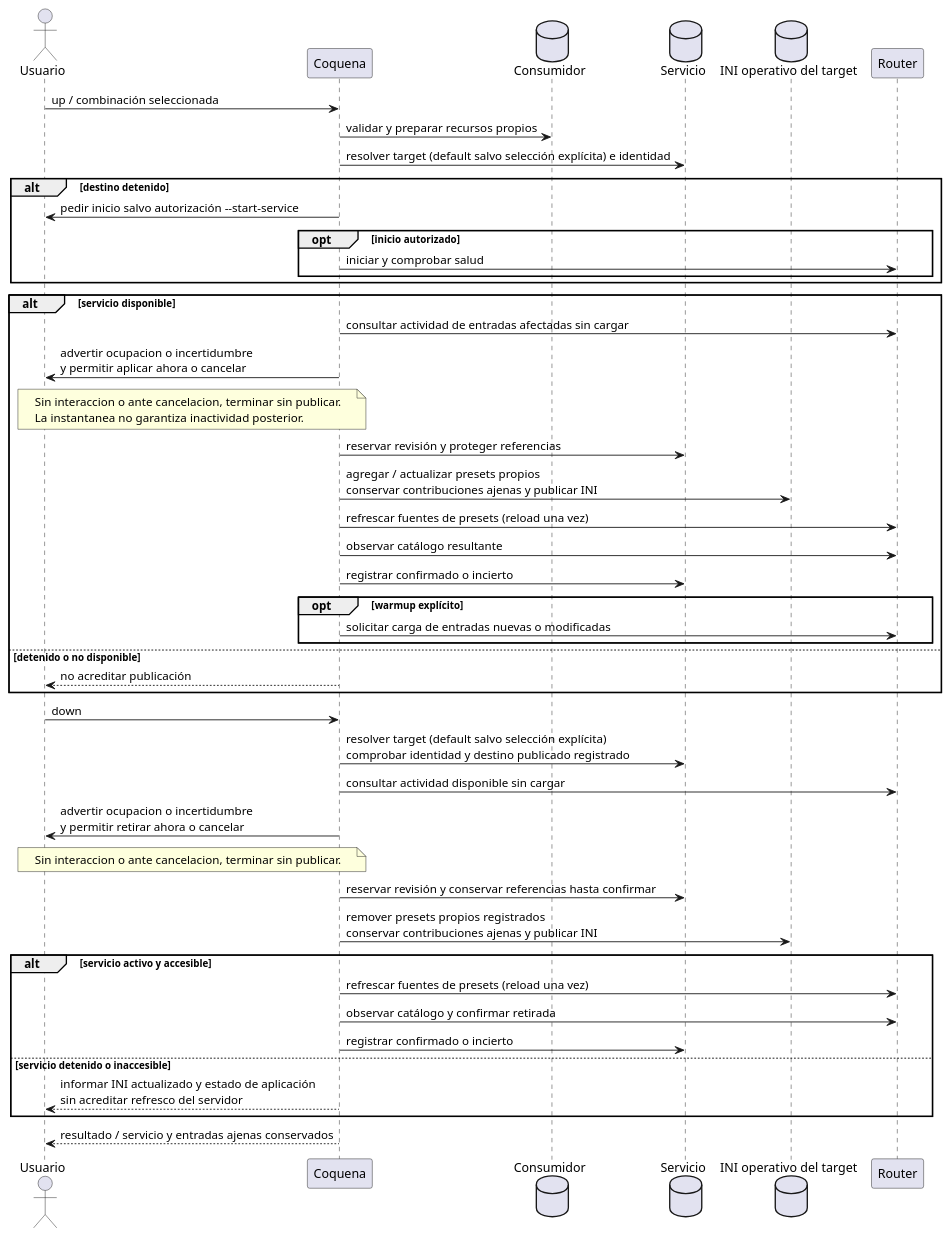
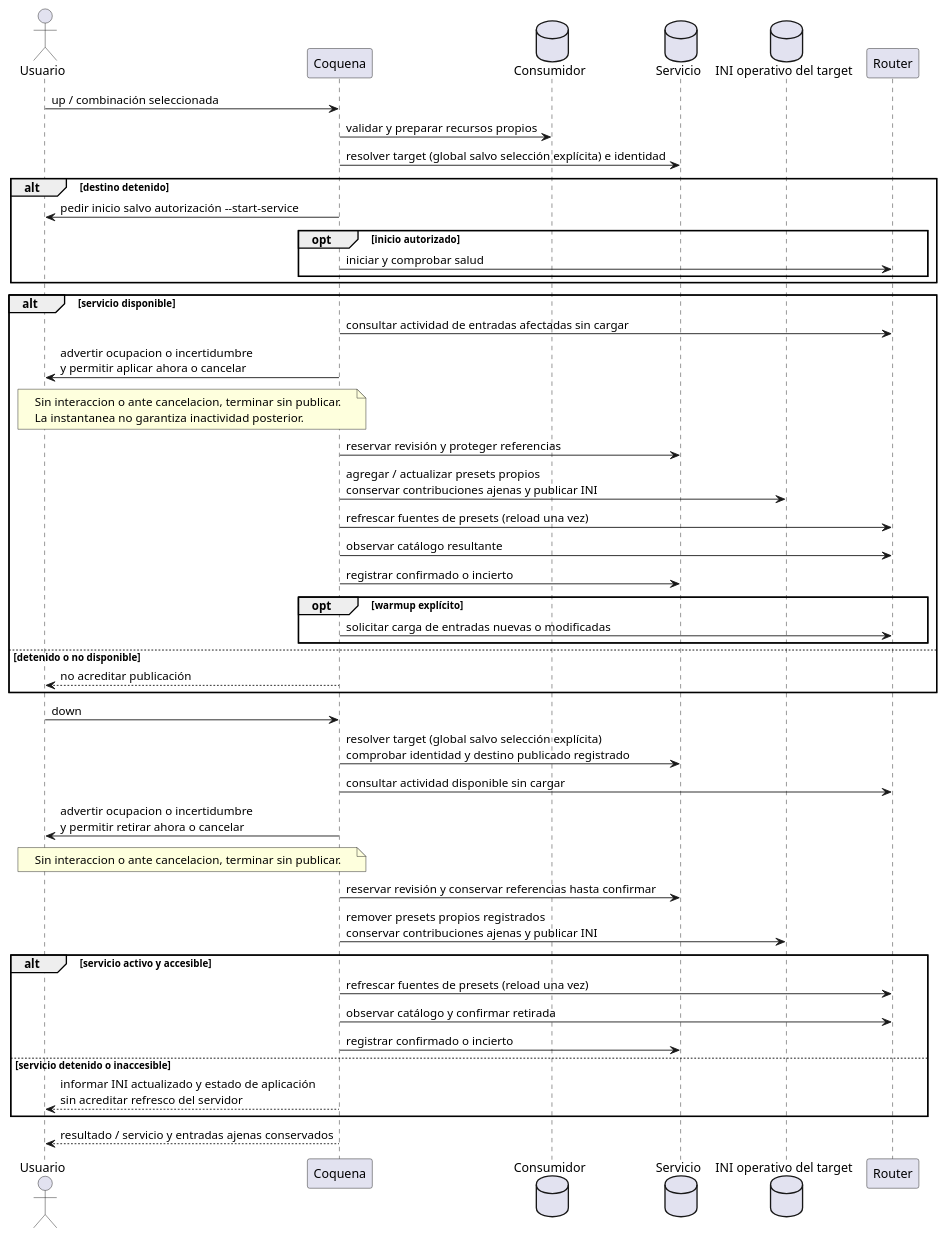
The fifth of 5 diagrams in docs/secuencias.md (mstranich/coquena), drawn with PlantUML before and after one commit. The commit also changed other lines of this file and 28 other files, not shown here.

````diff
--- a/docs/secuencias.md
+++ b/docs/secuencias.md
@@ -183,49 +184,49 @@
 ```plantuml
 @startuml
 actor Usuario
 participant Coquena
 database Consumidor
 database Servicio
 database "INI operativo del target" as INI
 participant Router
 Usuario -> Coquena : up / combinación seleccionada
 Coquena -> Consumidor : validar y preparar recursos propios
-Coquena -> Servicio : resolver target (default salvo selección explícita) e identidad
+Coquena -> Servicio : resolver target (global salvo selección explícita) e identidad
 alt destino detenido
   Coquena -> Usuario : pedir inicio salvo autorización --start-service
   opt inicio autorizado
     Coquena -> Router : iniciar y comprobar salud
   end
 end
 alt servicio disponible
   Coquena -> Router : consultar actividad de entradas afectadas sin cargar
   Coquena -> Usuario : advertir ocupacion o incertidumbre\ny permitir aplicar ahora o cancelar
   note over Usuario, Coquena : Sin interaccion o ante cancelacion, terminar sin publicar.\nLa instantanea no garantiza inactividad posterior.
   Coquena -> Servicio : reservar revisión y proteger referencias
   Coquena -> INI : agregar / actualizar presets propios\nconservar contribuciones ajenas y publicar INI
   Coquena -> Router : refrescar fuentes de presets (reload una vez)
   Coquena -> Router : observar catálogo resultante
   Coquena -> Servicio : registrar confirmado o incierto
   opt warmup explícito
     Coquena -> Router : solicitar carga de entradas nuevas o modificadas
   end
 else detenido o no disponible
   Coquena --> Usuario : no acreditar publicación
 end
 Usuario -> Coquena : down
-Coquena -> Servicio : resolver target (default salvo selección explícita)\ncomprobar identidad y destino publicado registrado
+Coquena -> Servicio : resolver target (global salvo selección explícita)\ncomprobar identidad y destino publicado registrado
 Coquena -> Router : consultar actividad disponible sin cargar
 Coquena -> Usuario : advertir ocupacion o incertidumbre\ny permitir retirar ahora o cancelar
 note over Usuario, Coquena : Sin interaccion o ante cancelacion, terminar sin publicar.
 Coquena -> Servicio : reservar revisión y conservar referencias hasta confirmar
 Coquena -> INI : remover presets propios registrados\nconservar contribuciones ajenas y publicar INI
 alt servicio activo y accesible
   Coquena -> Router : refrescar fuentes de presets (reload una vez)
   Coquena -> Router : observar catálogo y confirmar retirada
   Coquena -> Servicio : registrar confirmado o incierto
 else servicio detenido o inaccesible
   Coquena --> Usuario : informar INI actualizado y estado de aplicación\nsin acreditar refresco del servidor
 end
 Coquena --> Usuario : resultado / servicio y entradas ajenas conservados
 @enduml
 ```
````
